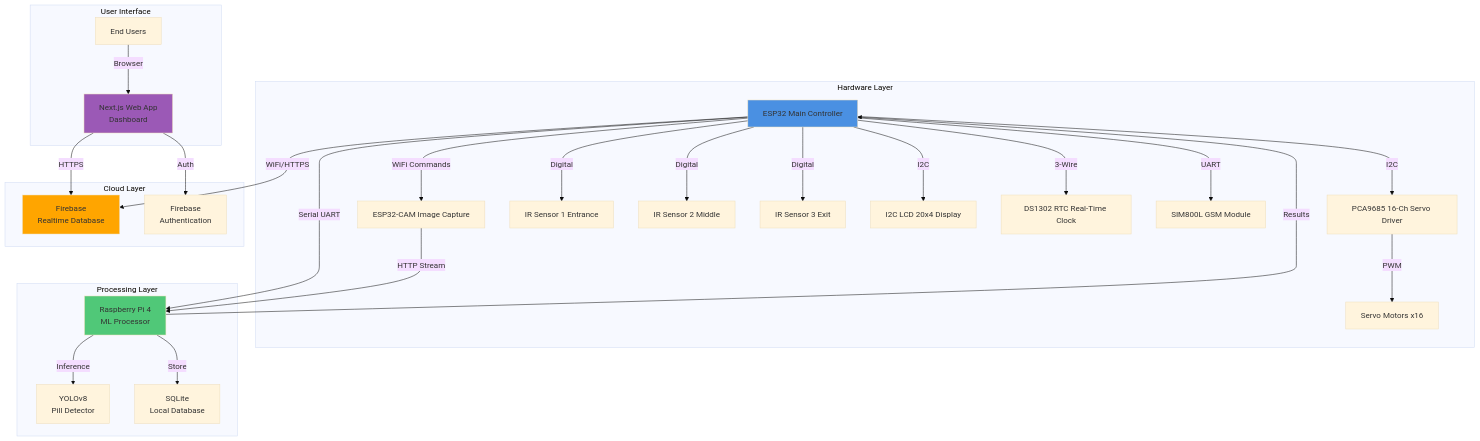
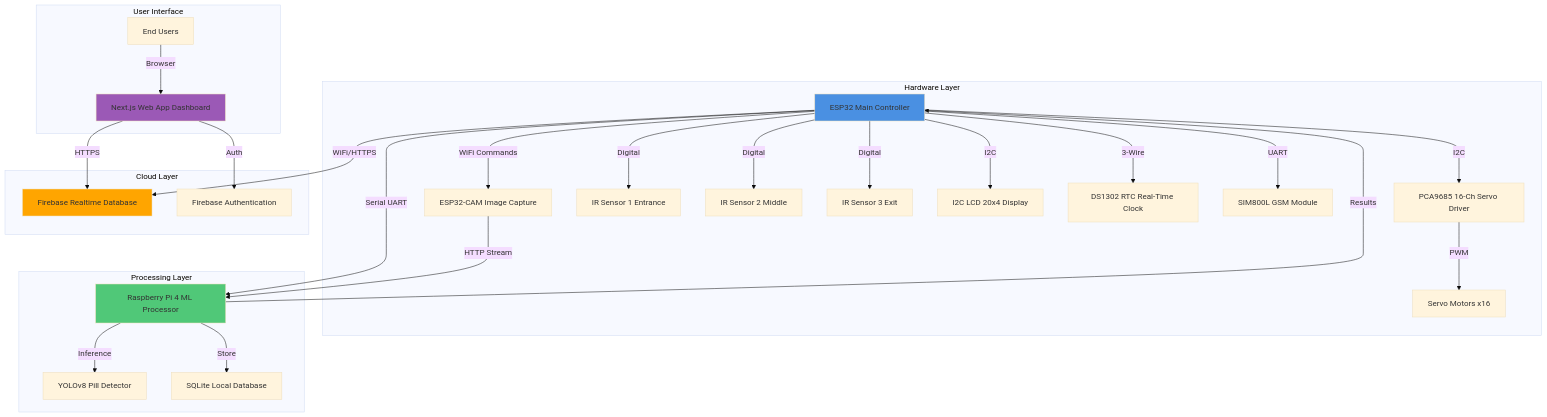
The first of 17 diagrams in diagram/MERMAID_DIAGRAMS.md (qppd/Pill-Dispenser-V3), drawn with Mermaid (base theme) before and after one commit.

Commit message:
Fixed 10th diagram

````diff
--- a/diagram/MERMAID_DIAGRAMS.md
+++ b/diagram/MERMAID_DIAGRAMS.md
@@ -9,59 +9,59 @@
 ```mermaid
 graph TB
     subgraph "Hardware Layer"
         ESP32[ESP32 Main Controller]
         ESP32CAM[ESP32-CAM Image Capture]
         SERVO[PCA9685 16-Ch Servo Driver]
         IR1[IR Sensor 1 Entrance]
         IR2[IR Sensor 2 Middle]
         IR3[IR Sensor 3 Exit]
         LCD[I2C LCD 20x4 Display]
         RTC[DS1302 RTC Real-Time Clock]
         GSM[SIM800L GSM Module]
         MOTORS[Servo Motors x16]
     end
     
     subgraph "Processing Layer"
-        RPI[Raspberry Pi 4<br/>ML Processor]
-        YOLO[YOLOv8<br/>Pill Detector]
-        DB_LOCAL[SQLite<br/>Local Database]
+        RPI[Raspberry Pi 4 ML Processor]
+        YOLO[YOLOv8 Pill Detector]
+        DB_LOCAL[SQLite Local Database]
     end
     
     subgraph "Cloud Layer"
-        FIREBASE[Firebase<br/>Realtime Database]
-        AUTH[Firebase<br/>Authentication]
+        FIREBASE[Firebase Realtime Database]
+        AUTH[Firebase Authentication]
     end
     
     subgraph "User Interface"
-        WEB[Next.js Web App<br/>Dashboard]
+        WEB[Next.js Web App Dashboard]
         USER[End Users]
     end
     
     ESP32 -->|I2C| SERVO
     ESP32 -->|Digital| IR1
     ESP32 -->|Digital| IR2
     ESP32 -->|Digital| IR3
     ESP32 -->|I2C| LCD
     ESP32 -->|3-Wire| RTC
     ESP32 -->|UART| GSM
     ESP32 -->|Serial UART| RPI
     ESP32 -->|WiFi Commands| ESP32CAM
     
     SERVO -->|PWM| MOTORS
     
     ESP32CAM -->|HTTP Stream| RPI
     RPI -->|Inference| YOLO
     RPI -->|Store| DB_LOCAL
     RPI -->|Results| ESP32
     
     ESP32 -->|WiFi/HTTPS| FIREBASE
     WEB -->|HTTPS| FIREBASE
     WEB -->|Auth| AUTH
     
     USER -->|Browser| WEB
     
     style ESP32 fill:#4A90E2
     style RPI fill:#50C878
     style FIREBASE fill:#FFA500
     style WEB fill:#9B59B6
 ```
````
